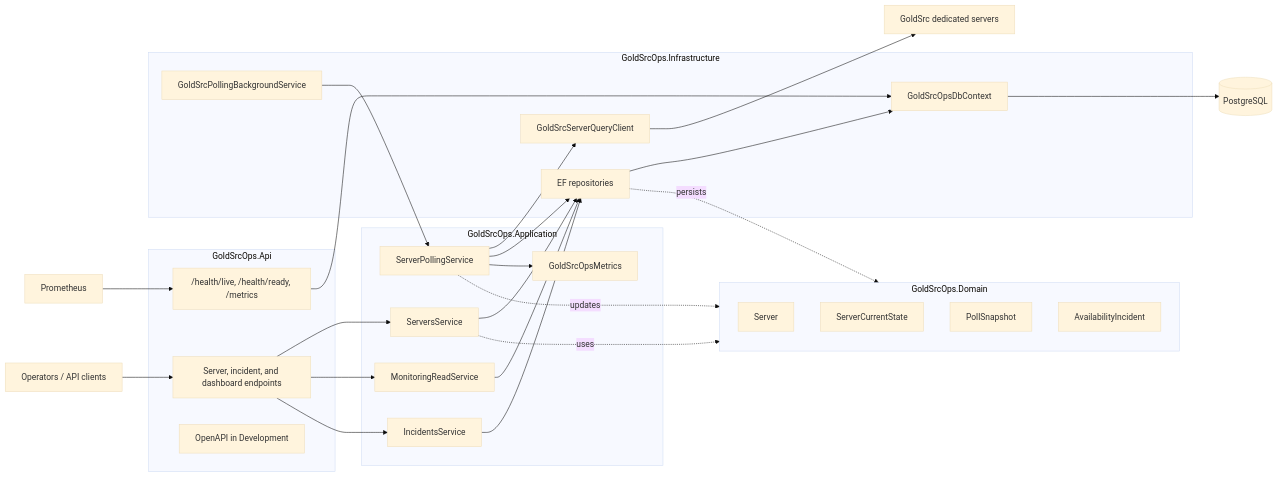
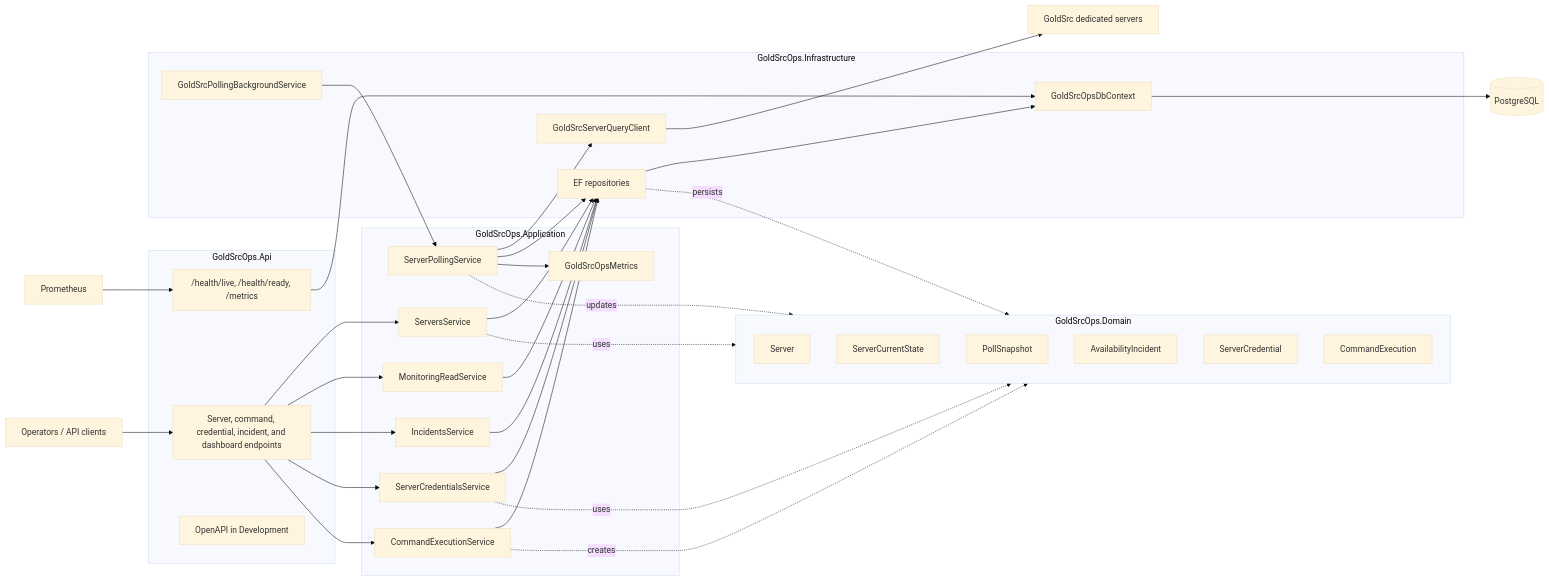
One commit to tov-vl/gold-src-ops changed the first of 5 diagrams in docs/architecture.md. Above: the diagram before and after it, drawn with Mermaid (base theme). The commit also changed other lines of this file and 38 other files, not shown here.

Commit message:
Add command execution foundation

````diff
--- a/docs/architecture.md
+++ b/docs/architecture.md
@@ -10,59 +10,69 @@
 ```mermaid
 flowchart LR
     clients["Operators / API clients"]
     prometheus["Prometheus"]
     goldsrc["GoldSrc dedicated servers"]
     postgres[("PostgreSQL")]
 
     subgraph api["GoldSrcOps.Api"]
-        endpoints["Server, incident, and dashboard endpoints"]
+        endpoints["Server, command, credential, incident, and dashboard endpoints"]
         probes["/health/live, /health/ready, /metrics"]
         openapi["OpenAPI in Development"]
     end
 
     subgraph application["GoldSrcOps.Application"]
         serverService["ServersService"]
         monitoringService["MonitoringReadService"]
         incidentService["IncidentsService"]
+        credentialService["ServerCredentialsService"]
+        commandService["CommandExecutionService"]
         pollingService["ServerPollingService"]
         telemetry["GoldSrcOpsMetrics"]
     end
 
     subgraph domain["GoldSrcOps.Domain"]
         server["Server"]
         currentState["ServerCurrentState"]
         snapshot["PollSnapshot"]
         incident["AvailabilityIncident"]
+        credential["ServerCredential"]
+        command["CommandExecution"]
     end
 
     subgraph infrastructure["GoldSrcOps.Infrastructure"]
         dbContext["GoldSrcOpsDbContext"]
         repositories["EF repositories"]
         a2sClient["GoldSrcServerQueryClient"]
         backgroundWorker["GoldSrcPollingBackgroundService"]
     end
 
     clients --> endpoints
     prometheus --> probes
     endpoints --> serverService
     endpoints --> monitoringService
     endpoints --> incidentService
+    endpoints --> credentialService
+    endpoints --> commandService
     probes --> dbContext
 
     backgroundWorker --> pollingService
     pollingService --> a2sClient
     pollingService --> repositories
     pollingService --> telemetry
 
     serverService --> repositories
     monitoringService --> repositories
     incidentService --> repositories
+    credentialService --> repositories
+    commandService --> repositories
 
     repositories --> dbContext
     dbContext --> postgres
     a2sClient --> goldsrc
 
     serverService -. uses .-> domain
+    credentialService -. uses .-> domain
+    commandService -. creates .-> domain
     pollingService -. updates .-> domain
     repositories -. persists .-> domain
 ```
````
